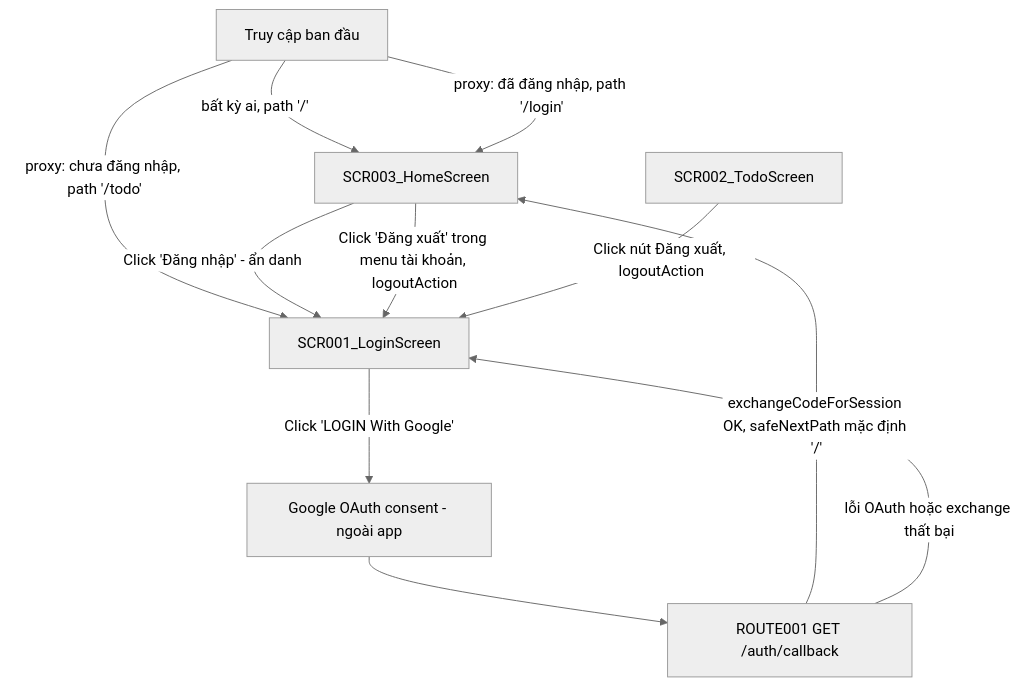
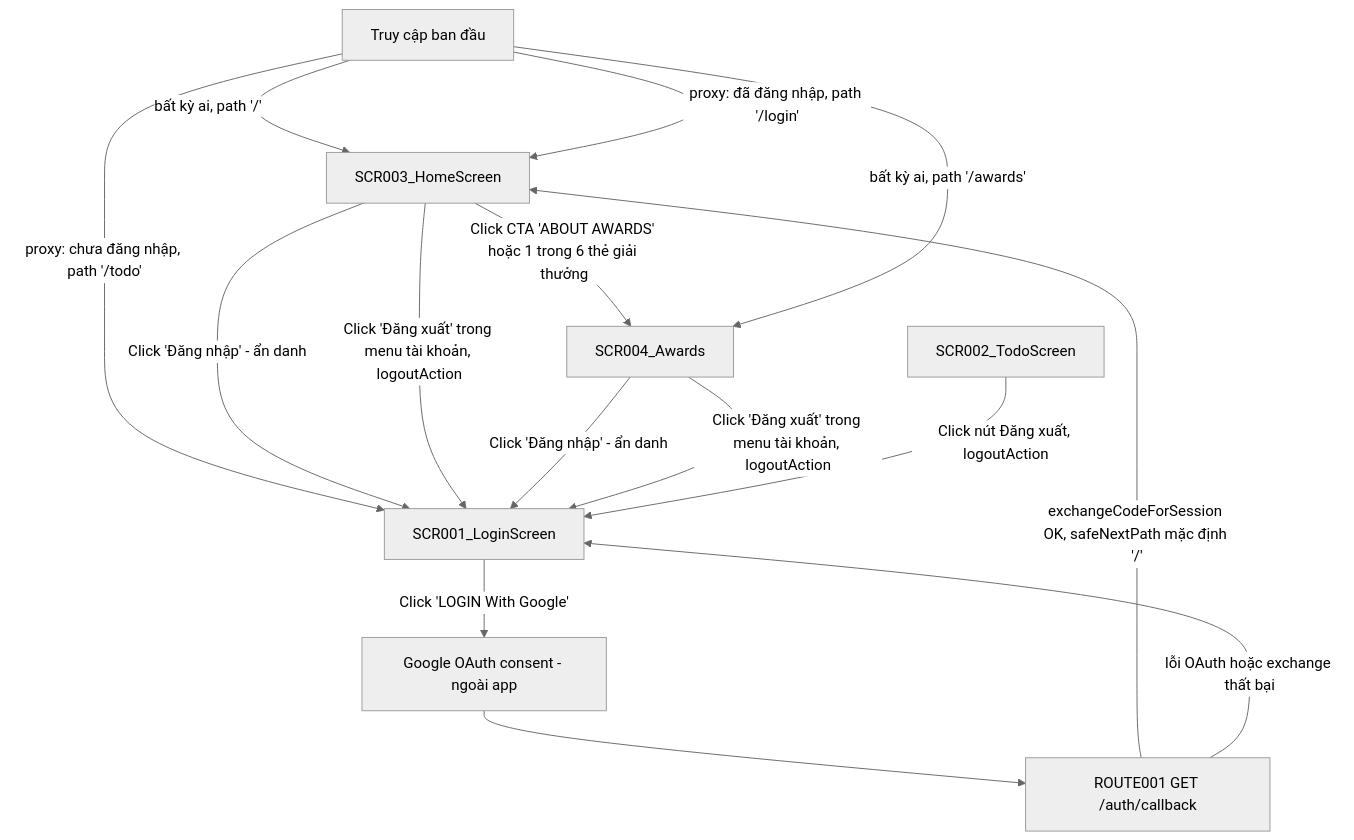
Before and after one commit to thangdx-1076/agentic-coding-hands-on: the first of 2 diagrams in docs/vi/generated/screen-flow.md, drawn with Mermaid (neutral theme). The commit also changed other lines of this file and 41 other files, not shown here.

````diff
--- a/docs/vi/generated/screen-flow.md
+++ b/docs/vi/generated/screen-flow.md
@@ -11,13 +11,17 @@
 ```mermaid
 graph TD
     Start[Truy cập ban đầu] -->|bất kỳ ai, path '/'| SCR003[SCR003_HomeScreen]
     Start -->|proxy: chưa đăng nhập, path '/todo'| SCR001[SCR001_LoginScreen]
     Start -->|proxy: đã đăng nhập, path '/login'| SCR003
     SCR001 -->|Click 'LOGIN With Google'| Google[Google OAuth consent - ngoài app]
     Google --> ROUTE001[ROUTE001 GET /auth/callback]
     ROUTE001 -->|exchangeCodeForSession OK, safeNextPath mặc định '/'| SCR003
     ROUTE001 -->|lỗi OAuth hoặc exchange thất bại| SCR001
     SCR003 -->|Click 'Đăng nhập' - ẩn danh| SCR001
     SCR003 -->|Click 'Đăng xuất' trong menu tài khoản, logoutAction| SCR001
+    SCR003 -->|Click CTA 'ABOUT AWARDS' hoặc 1 trong 6 thẻ giải thưởng| SCR004[SCR004_Awards]
+    Start -->|bất kỳ ai, path '/awards'| SCR004
+    SCR004 -->|Click 'Đăng nhập' - ẩn danh| SCR001
+    SCR004 -->|Click 'Đăng xuất' trong menu tài khoản, logoutAction| SCR001
     SCR002[SCR002_TodoScreen] -->|Click nút Đăng xuất, logoutAction| SCR001
 ```
````
